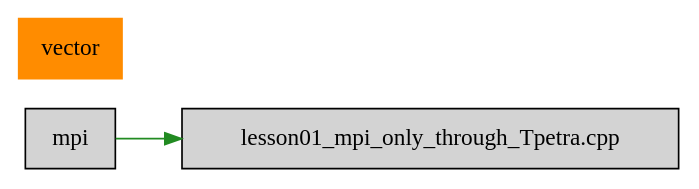
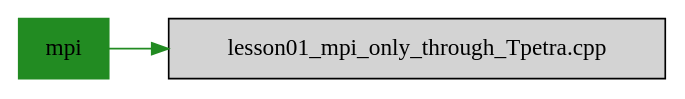
The diagram in markdown/category_mpi.dot (duongdo27/TrilinosConceptMap), drawn with Graphviz before and after one commit. The commit also changed 12 other files, not shown here.

```diff
--- a/markdown/category_mpi.dot
+++ b/markdown/category_mpi.dot
@@ -1,8 +1,8 @@
 digraph bettersoftware {
             rankdir = LR;
             ratio = fill;
             node [style=filled];
             node [shape = box];
 "mpi" ->  "lesson01_mpi_only_through_Tpetra.cpp" [colorscheme="svg" color="forestgreen"];
-"vector" [colorscheme="svg" color="darkorange"];
+"mpi" [colorscheme="svg" color="forestgreen"];
 }
```
